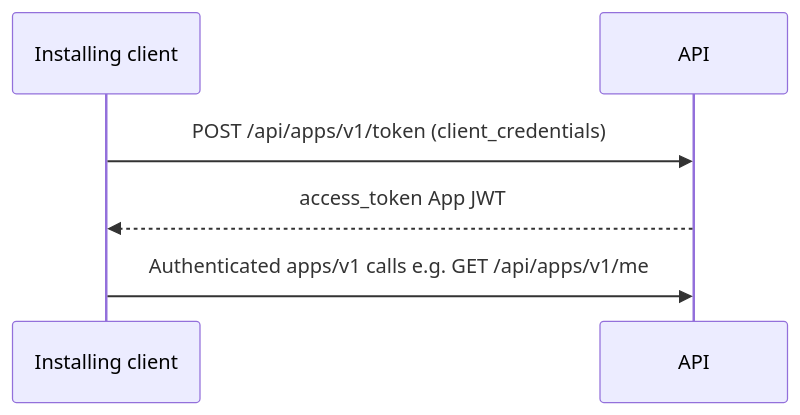
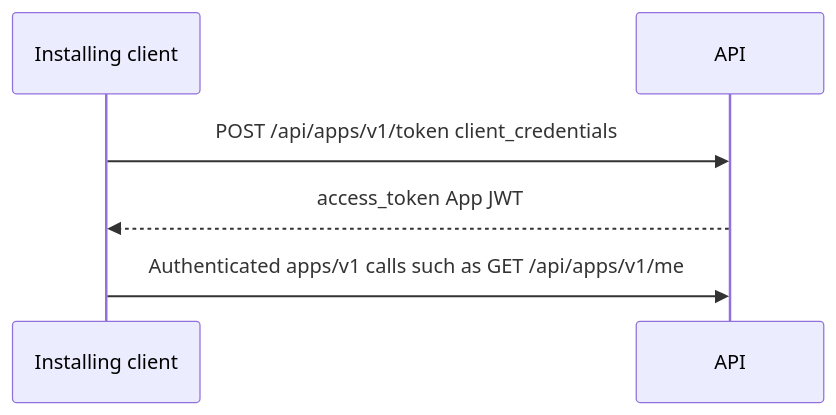
The second of 2 diagrams in docs/app-install.md (bayesimpact/bayes-platform), drawn with Mermaid before and after one commit. The commit also changed other lines of this file, not shown here.

Commit message:
docs: fix Mermaid Note semicolon breaking GitHub render
GitHub treats ';' as a statement separator inside sequenceDiagram.

````diff
--- a/docs/app-install.md
+++ b/docs/app-install.md
@@ -60,9 +60,9 @@
 ```mermaid
 sequenceDiagram
   participant Client as Installing client
   participant API as API
 
-  Client->>API: POST /api/apps/v1/token (client_credentials)
+  Client->>API: POST /api/apps/v1/token client_credentials
   API-->>Client: access_token App JWT
-  Client->>API: Authenticated apps/v1 calls e.g. GET /api/apps/v1/me
+  Client->>API: Authenticated apps/v1 calls such as GET /api/apps/v1/me
 ```
````
